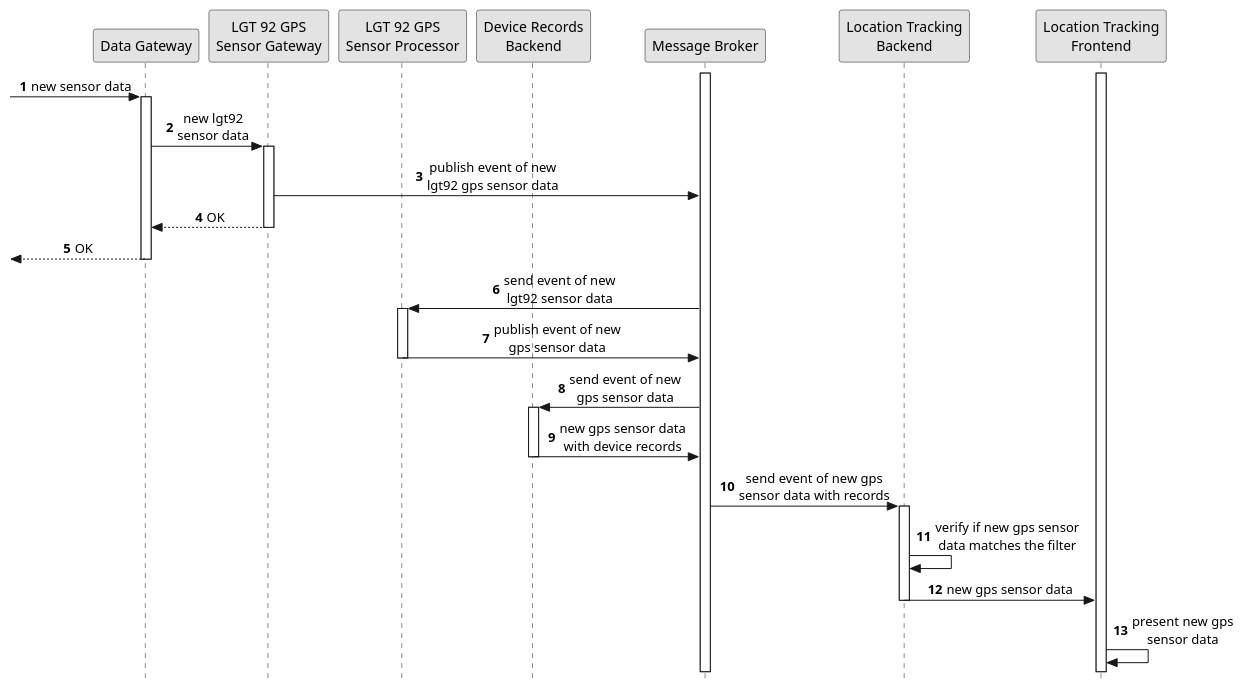
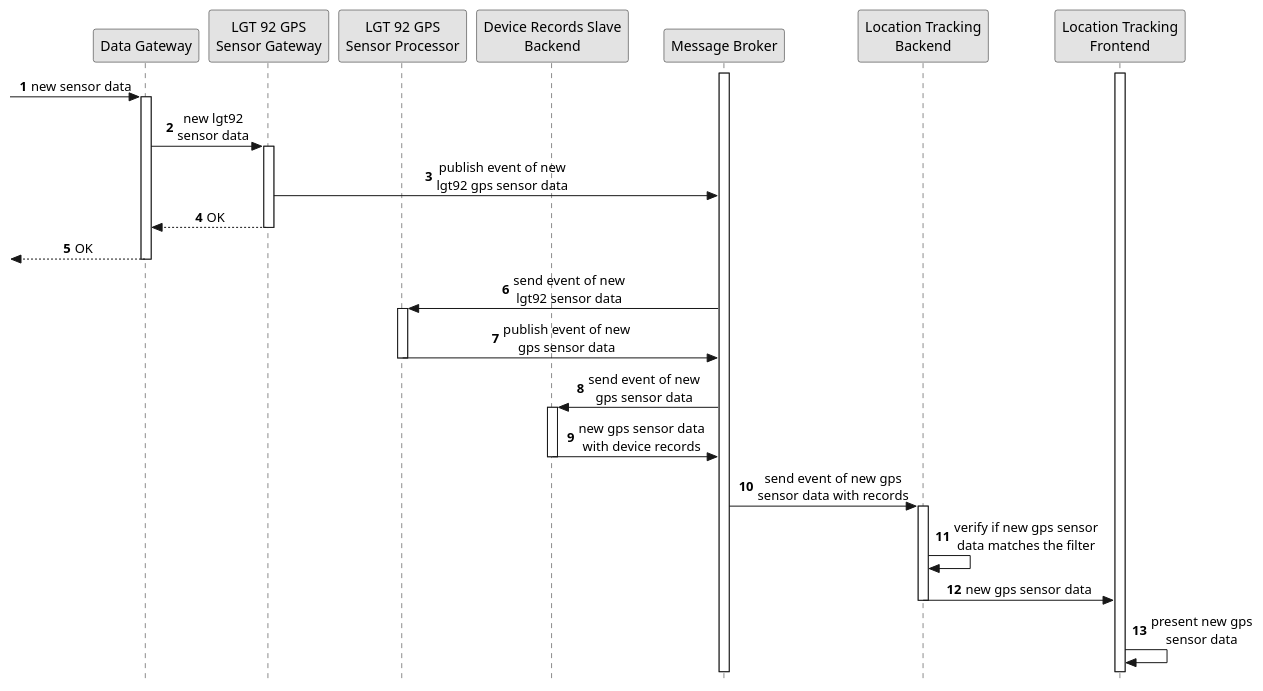
The diagram in docs/diagrams/process-view-level2-uc02.pu (FilipeMCruz/sensae-console), drawn with PlantUML before and after one commit. The commit also changed 21 other files, not shown here.

Commit message:
Updated documentation with device records master and slave backends

```diff
--- a/docs/diagrams/process-view-level2-uc02.pu
+++ b/docs/diagrams/process-view-level2-uc02.pu
@@ -1,55 +1,55 @@
 @startuml process-view-level2-uc02
 
 skinparam Monochrome true
 skinparam sequenceMessageAlign center
 skinparam style strictuml
 hide unlinked
 
 autonumber 1
 
 participant "Data Gateway" as DG
 participant "LGT 92 GPS\nSensor Gateway" as LGT92GPSG
 participant "LGT 92 GPS\nSensor Processor" as LGT92GPSP
-participant "Device Records\nBackend" as DRB
+participant "Device Records Slave\nBackend" as DRB
 participant "Message Broker" as MB
 participant "Location Tracking\nBackend" as LTB
 participant "Location Tracking\nFrontend" as LTF
 
 activate MB
 activate LTF
 
 -> DG : new sensor data
 activate DG
 
 DG -> LGT92GPSG : new lgt92\nsensor data
 activate LGT92GPSG
 
 LGT92GPSG -> MB : publish event of new\nlgt92 gps sensor data
 
 DG <-- LGT92GPSG : OK
 deactivate LGT92GPSG
 
 <-- DG : OK
 deactivate DG
 
 MB -> LGT92GPSP : send event of new\nlgt92 sensor data
 activate LGT92GPSP
 
 LGT92GPSP -> MB : publish event of new\ngps sensor data
 deactivate LGT92GPSP
 
 MB -> DRB : send event of new\ngps sensor data
 activate DRB
 
 DRB -> MB : new gps sensor data\nwith device records
 deactivate DRB
 
 MB -> LTB : send event of new gps\nsensor data with records
 activate LTB
 
 LTB -> LTB : verify if new gps sensor\ndata matches the filter 
 LTB -> LTF : new gps sensor data
 deactivate LTB
 LTF -> LTF : present new gps\nsensor data
 
 @enduml
```
